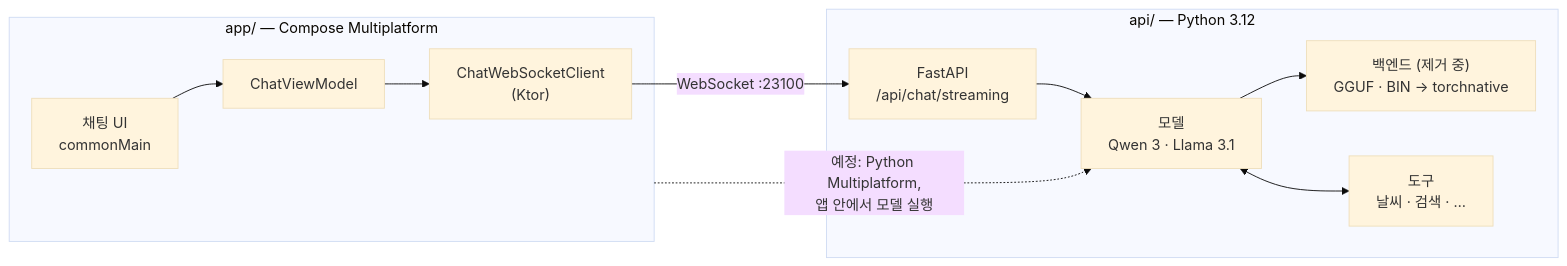
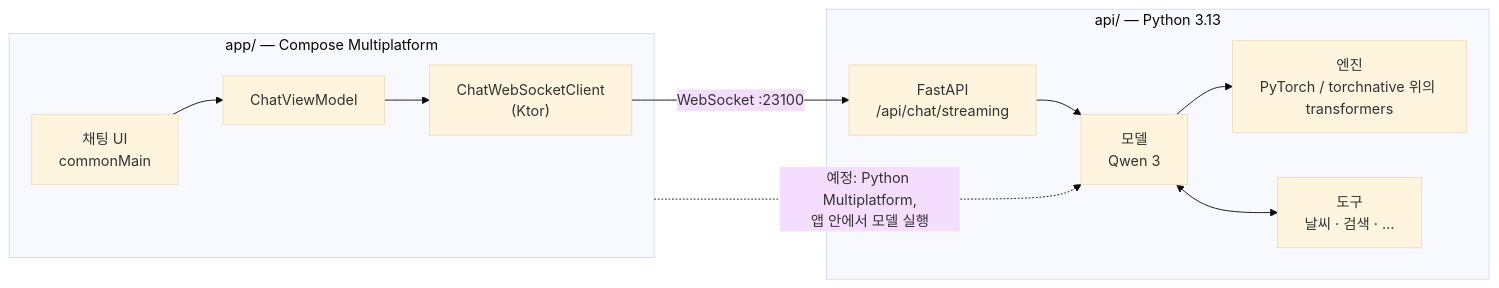
The diagram in docs/locale/README_ko.md (LogitAI/Gemstone), drawn with Mermaid (base theme) before and after one commit. The commit also changed other lines of this file and 31 other files, not shown here.

````diff
--- a/docs/locale/README_ko.md
+++ b/docs/locale/README_ko.md
@@ -108,13 +101,13 @@
 ```mermaid
 flowchart LR
     subgraph Client["app/ — Compose Multiplatform"]
         UI["채팅 UI<br/>commonMain"] --> VM["ChatViewModel"] --> WS["ChatWebSocketClient<br/>(Ktor)"]
     end
-    subgraph Server["api/ — Python 3.12"]
-        EP["FastAPI<br/>/api/chat/streaming"] --> M["모델<br/>Qwen 3 · Llama 3.1"]
-        M --> B["백엔드 (제거 중)<br/>GGUF · BIN → torchnative"]
+    subgraph Server["api/ — Python 3.13"]
+        EP["FastAPI<br/>/api/chat/streaming"] --> M["모델<br/>Qwen 3"]
+        M --> B["엔진<br/>PyTorch / torchnative 위의 transformers"]
         M <--> T["도구<br/>날씨 · 검색 · …"]
     end
     WS -- "WebSocket :23100" --> EP
     Client -. "예정: Python Multiplatform,<br/>앱 안에서 모델 실행" .-> M
 ```
````
